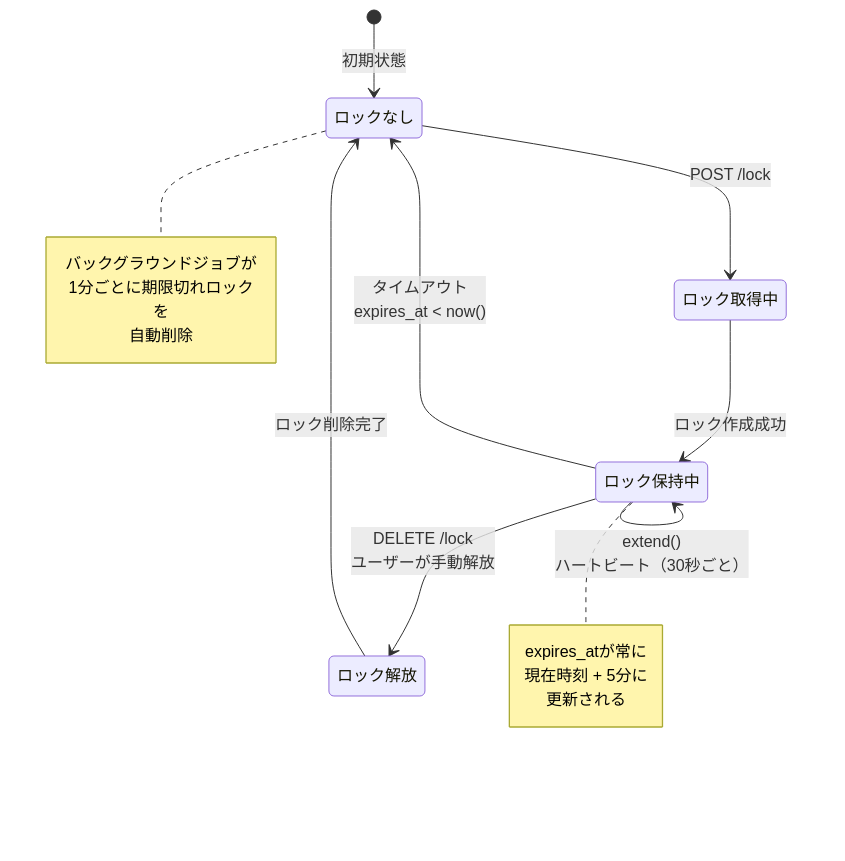
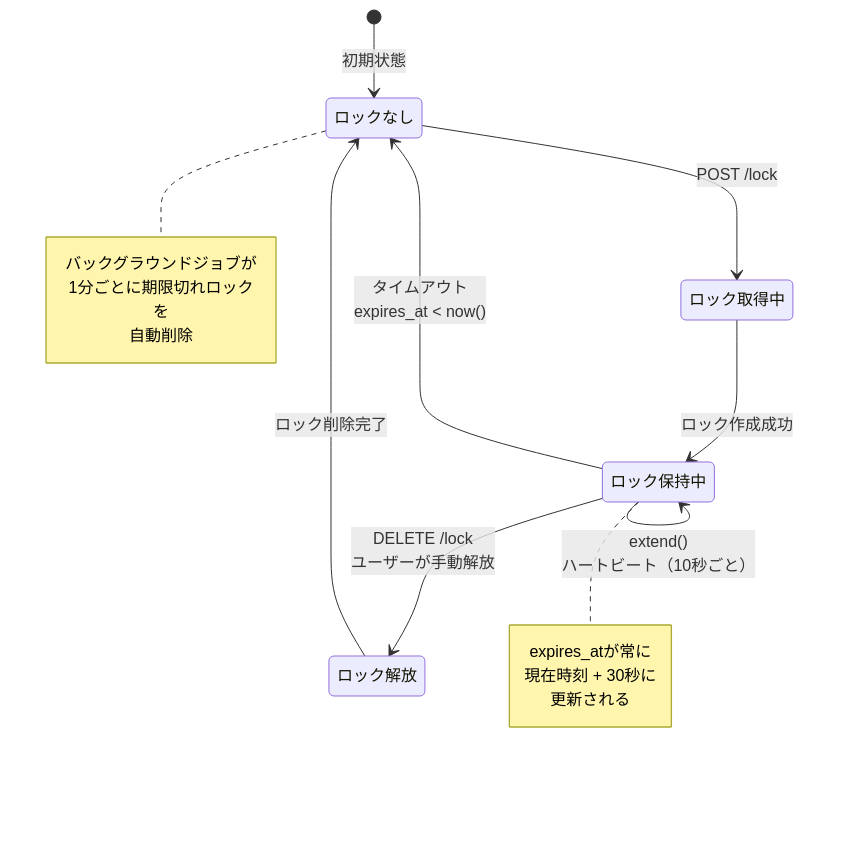
Before and after one commit to idw-coder/laravel-rds: the fourth of 6 diagrams in DOCUMENT_LOCK_FLOW.md, drawn with Mermaid. The commit also changed other lines of this file and 3 other files, not shown here.

````diff
--- a/DOCUMENT_LOCK_FLOW.md
+++ b/DOCUMENT_LOCK_FLOW.md
@@ -109,25 +109,25 @@
 ```mermaid
 stateDiagram-v2
     [*] --> ロックなし: 初期状態
     
     ロックなし --> ロック取得中: POST /lock
     ロック取得中 --> ロック保持中: ロック作成成功
     
-    ロック保持中 --> ロック保持中: extend()<br/>ハートビート（30秒ごと）
+    ロック保持中 --> ロック保持中: extend()<br/>ハートビート（10秒ごと）
     ロック保持中 --> ロック解放: DELETE /lock<br/>ユーザーが手動解放
     ロック保持中 --> ロックなし: タイムアウト<br/>expires_at < now()
     
     ロック解放 --> ロックなし: ロック削除完了
     
     note right of ロック保持中
         expires_atが常に
-        現在時刻 + 5分に
+        現在時刻 + 30秒に
         更新される
     end note
     
     note right of ロックなし
         バックグラウンドジョブが
         1分ごとに期限切れロックを
         自動削除
     end note
 ```
````
